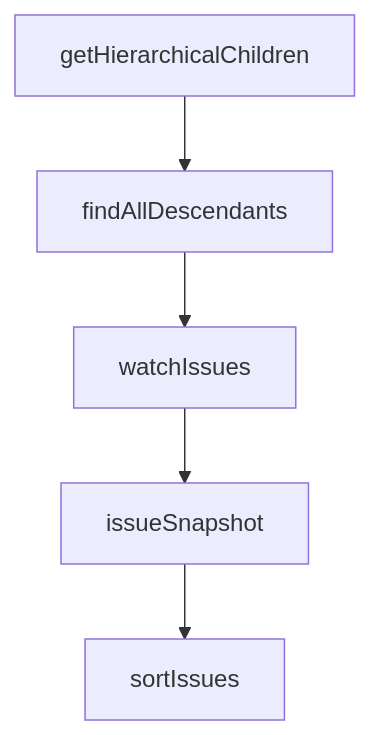
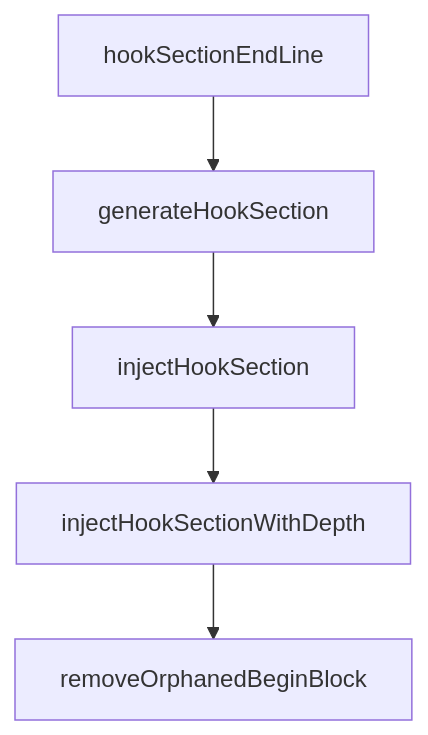
The diagram in tutorials/beads-tutorial/08-contribution-workflow-and-ecosystem-extensions.md (johnxie/awesome-code-docs), drawn with Mermaid before and after one commit. The commit also changed other lines of this file and 1232 other files, not shown here.

````diff
--- a/tutorials/beads-tutorial/08-contribution-workflow-and-ecosystem-extensions.md
+++ b/tutorials/beads-tutorial/08-contribution-workflow-and-ecosystem-extensions.md
@@ -212,12 +210,12 @@
 ```mermaid
 flowchart TD
-    A[getHierarchicalChildren]
-    B[findAllDescendants]
-    C[watchIssues]
-    D[issueSnapshot]
-    E[sortIssues]
+    A[hookSectionEndLine]
+    B[generateHookSection]
+    C[injectHookSection]
+    D[injectHookSectionWithDepth]
+    E[removeOrphanedBeginBlock]
     A --> B
     B --> C
     C --> D
     D --> E
 ```
````
